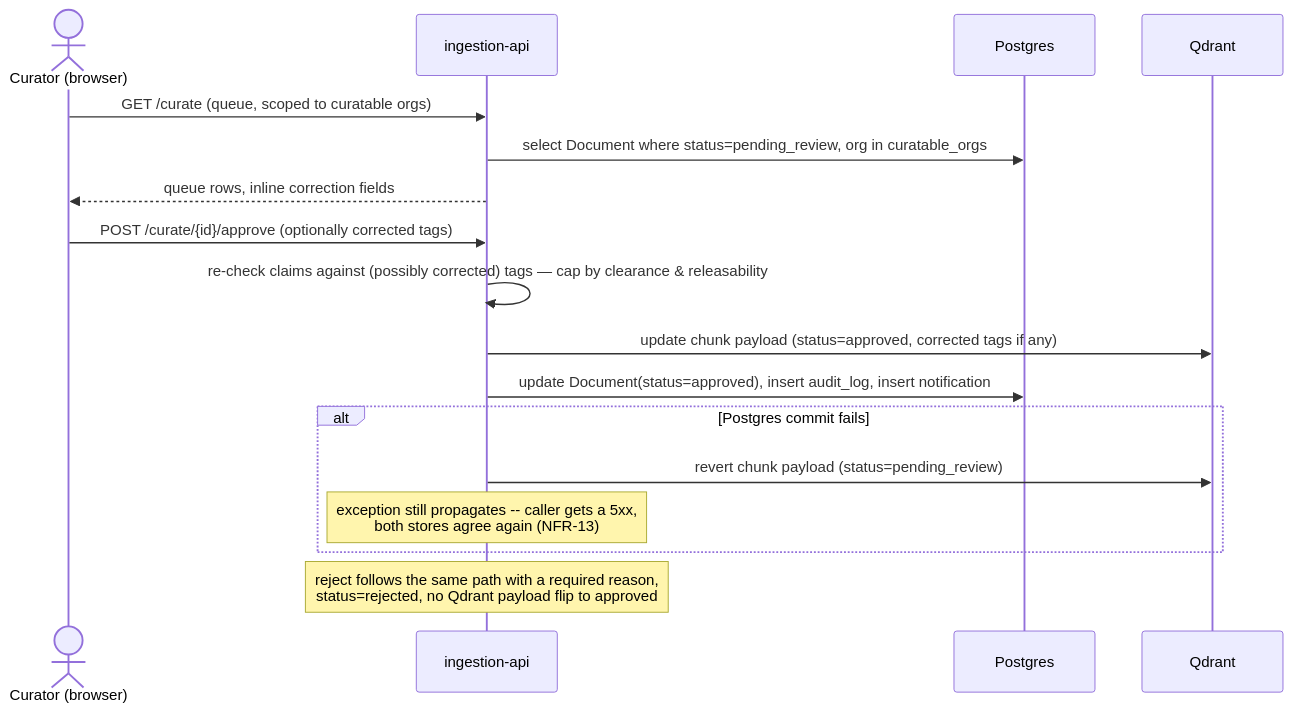
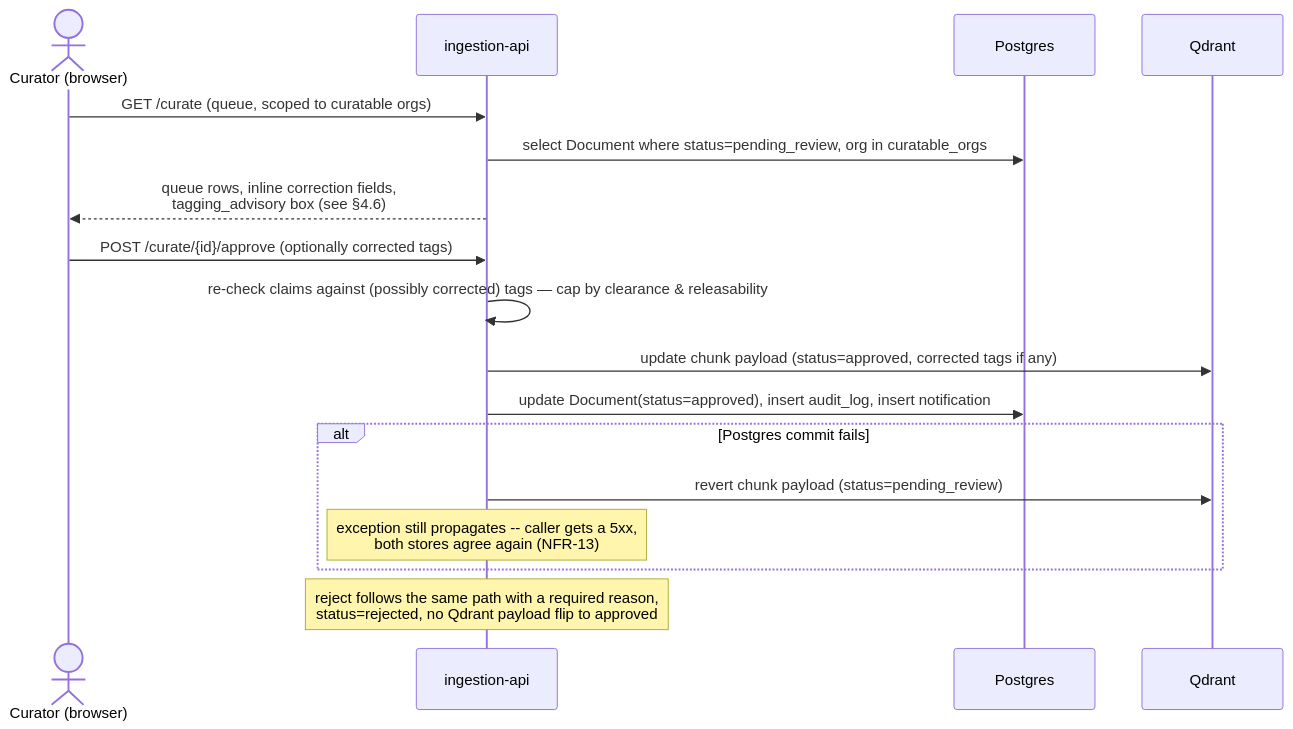
One commit to allamiro/nexus-rag changed the fourth of 9 diagrams in ARCHITECTURE.md. Above: the diagram before and after it, drawn with Mermaid. The commit also changed other lines of this file and 3 other files, not shown here.

First line of the commit message:
Docs: diagram the tagging-advisory pipeline, add Pyroscope, fix post-v0.3.0 staleness (#355)

````diff
--- a/ARCHITECTURE.md
+++ b/ARCHITECTURE.md
@@ -207,20 +207,20 @@
 ```mermaid
 sequenceDiagram
     actor C as Curator (browser)
     participant I as ingestion-api
     participant PG as Postgres
     participant Q as Qdrant
 
     C->>I: GET /curate (queue, scoped to curatable orgs)
     I->>PG: select Document where status=pending_review, org in curatable_orgs
-    I-->>C: queue rows, inline correction fields
+    I-->>C: queue rows, inline correction fields,<br/>tagging_advisory box (see §4.6)
     C->>I: POST /curate/{id}/approve (optionally corrected tags)
     I->>I: re-check claims against (possibly corrected) tags — cap by clearance & releasability
     I->>Q: update chunk payload (status=approved, corrected tags if any)
     I->>PG: update Document(status=approved), insert audit_log, insert notification
     alt Postgres commit fails
         I->>Q: revert chunk payload (status=pending_review)
         Note over I: exception still propagates -- caller gets a 5xx,<br/>both stores agree again (NFR-13)
     end
     Note over I: reject follows the same path with a required reason,<br/>status=rejected, no Qdrant payload flip to approved
 ```
````
